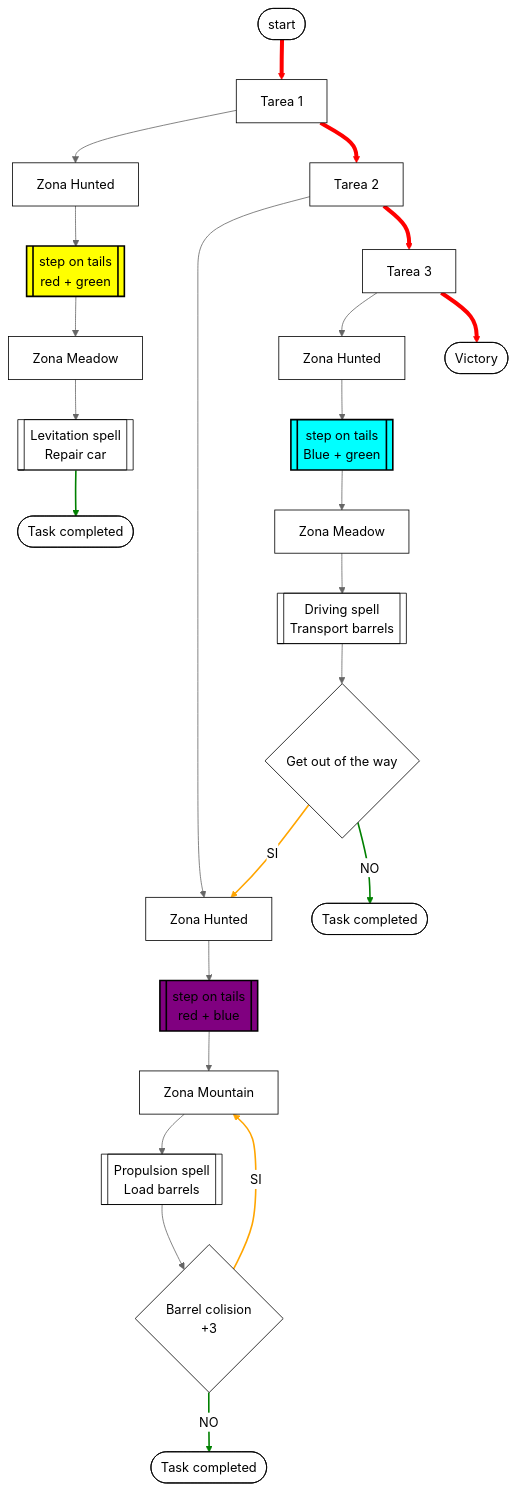
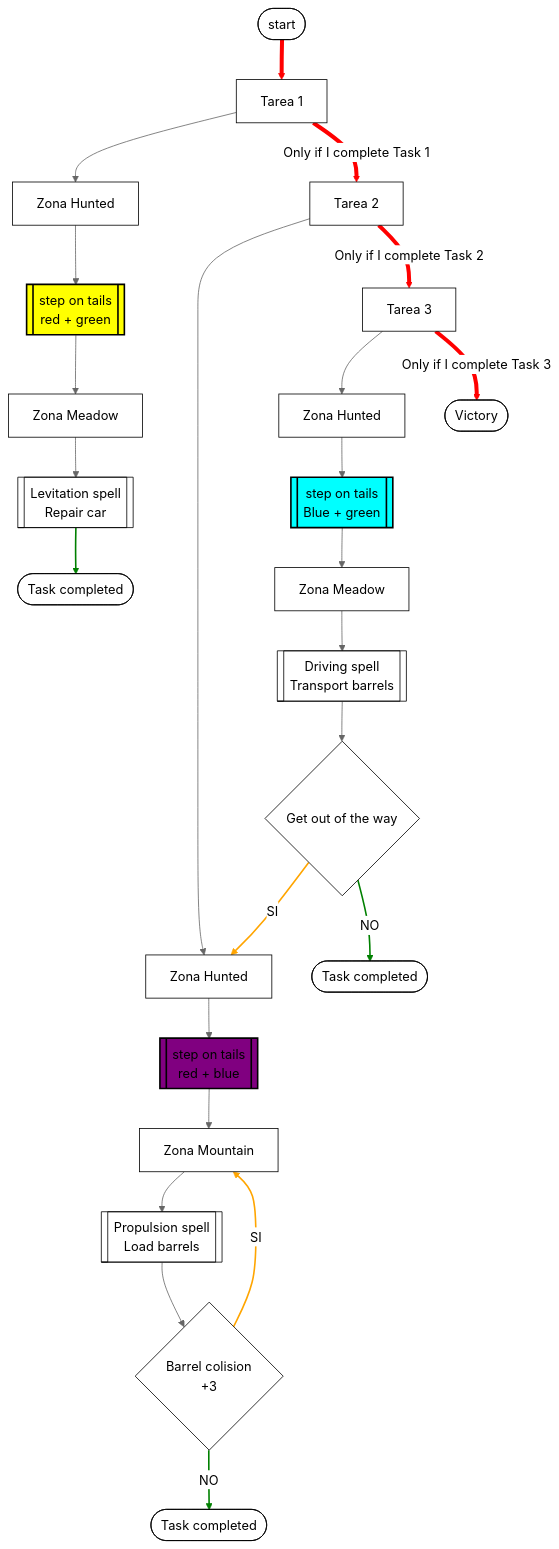
The first of 4 diagrams in README.md (DEV25-G03/DEV25-G03-P2), drawn with Mermaid (neutral theme) before and after one commit. The commit also changed other lines of this file, not shown here.

First line of the commit message:
Update Task 3 README.md

````diff
--- a/README.md
+++ b/README.md
@@ -57,60 +57,60 @@
 ```mermaid
 flowchart TD
     %% --- Nodos principales ---
     Start([start])
     T1[Tarea 1]
     T2[Tarea 2]
     T3[Tarea 3]
     Victory([Victory])
 
     %% --- Rama izquierda ---
     Start --> T1
     T1 --> ZH1[Zona Hunted]
     ZH1 --> ST1[[step on tails<br>red + green]]
     ST1 --> ZM1[Zona Meadow]
     ZM1 --> LS[[Levitation spell<br>Repair car]]
     LS --> TC1([Task completed])
 
     %% --- Rama central ---
-    T1 --> T2
+    T1 --> |Only if I complete Task 1|T2
     T2 --> ZH2[Zona Hunted]
     ZH2 --> ST2[[step on tails<br>red + blue]]
     ST2 --> ZM2[Zona Mountain]
     ZM2 --> PS[[Propulsion spell<br>Load barrels]]
     PS --> BC{Barrel colision<br>+3}
     BC --> |SI| ZM2
     BC --> |NO| TC2([Task completed])
 
     %% --- Rama derecha ---
-    T2 --> T3
+    T2 --> |Only if I complete Task 2|T3
     T3 --> ZH3[Zona Hunted]
     ZH3 --> ST3[[step on tails<br>Blue + green]]
     ST3 --> ZM3[Zona Meadow]
     ZM3 --> DS[[Driving spell<br>Transport barrels]]
     DS --> GW{Get out of the way}
     GW --> |SI| ZH2
     GW --> |NO| TC3([Task completed])
-    T3 --> Victory
+    T3 --> |Only if I complete Task 3|Victory
 
     %% --- Estilo (blanco y negro) ---
     classDef default stroke:#000,fill:#fff,color:#000,stroke-width:1px;
 
     %% Flechas del flujo principal
     linkStyle 0 stroke:red,stroke-width:5px;
     linkStyle 6 stroke:red,stroke-width:5px;
     linkStyle 14 stroke:red,stroke-width:5px;
     linkStyle 22 stroke:red,stroke-width:5px;
 
     %% Flechas del tarea terminada o condicional si/no
     linkStyle 12 stroke:orange,stroke-width:2px;
     linkStyle 20 stroke:orange,stroke-width:2px;
 
     linkStyle 5 stroke:green,stroke-width:2px;
     linkStyle 13 stroke:green,stroke-width:2px;
     linkStyle 21 stroke:green,stroke-width:2px;
 
     %% Flechas del flujo principal
     style ST1 fill:yellow,stroke:black,stroke-width:2px
     style ST2 fill:purple,stroke:black,stroke-width:2px
     style ST3 fill:cyan,stroke:black,stroke-width:2px
 ```
````
